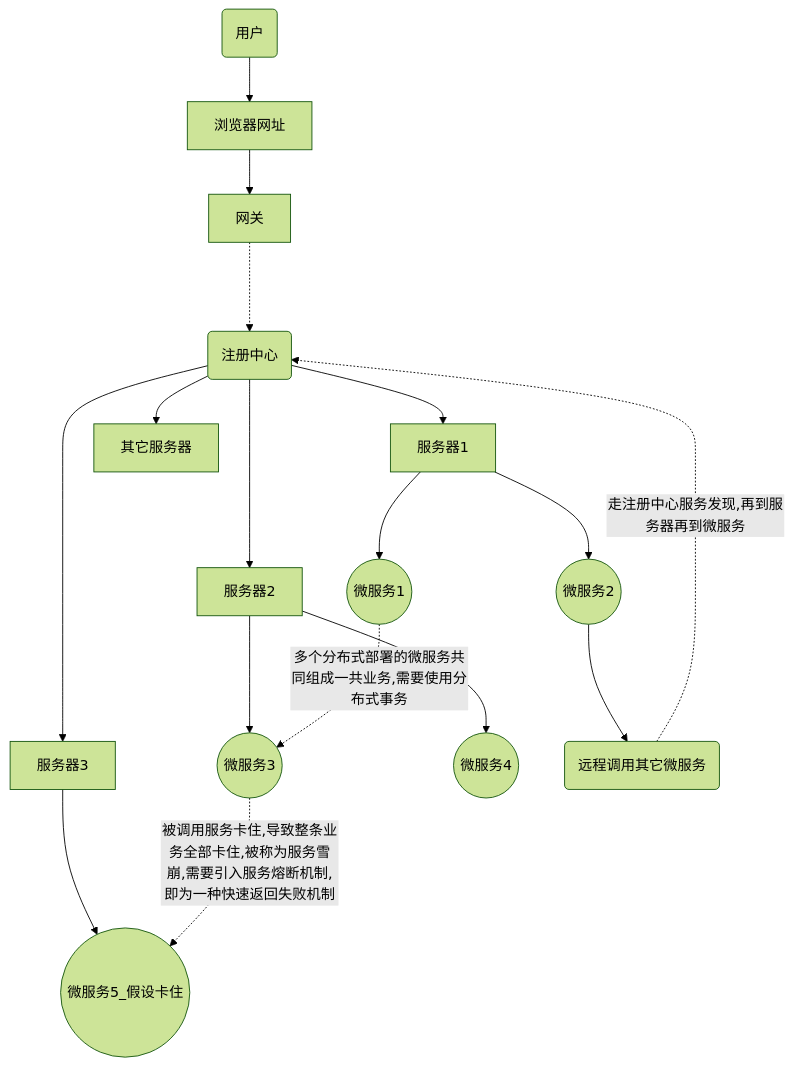
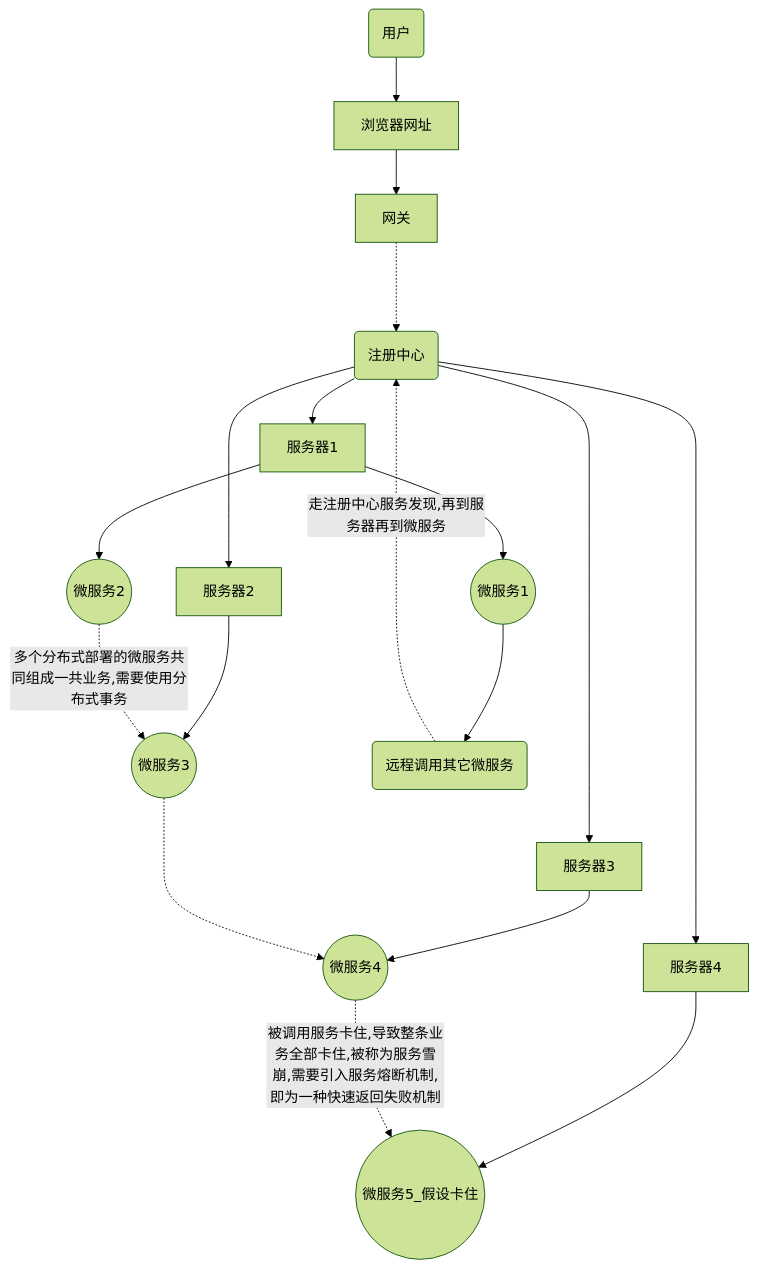
One commit to IteratingSystem/cloud-demo changed the diagram in README.md. Above: the diagram before and after it, drawn with Mermaid (forest theme).

Commit message:
完善分布式简介

````diff
--- a/README.md
+++ b/README.md
@@ -7,19 +7,20 @@
 ```mermaid
 graph TB
     User(用户) --> Browser[浏览器网址]
     Browser --> Gateway[网关]
     Gateway -..-> Nacos(注册中心)
     Nacos --> Service1[服务器1]
     Nacos --> Service2[服务器2]
     Nacos --> Service3[服务器3]
-    Nacos --> OtherService[其它服务器]
+    Nacos --> Service4[服务器4]
     Service1 --> Server1((微服务1))
     Service1 --> Server2((微服务2))
     Service2 --> Server3((微服务3))
-    Service2 --> Server4((微服务4))
-    Service3 --> Server5((微服务5_假设卡住))
-    Server2 --> Remoting(远程调用其它微服务)
+    Service3 --> Server4((微服务4))
+    Service4 --> Server5((微服务5_假设卡住))
+    Server1 --> Remoting(远程调用其它微服务)
     Remoting -.走注册中心服务发现,再到服务器再到微服务.-> Nacos
-    Server1 -.多个分布式部署的微服务共同组成一共业务,需要使用分布式事务.-> Server3
-    Server3 -.被调用服务卡住,导致整条业务全部卡住,被称为服务雪崩,需要引入服务熔断机制,即为一种快速返回失败机制.-> Server5
+    Server2 -.多个分布式部署的微服务共同组成一共业务,需要使用分布式事务.-> Server3
+    Server3 -..-> Server4
+    Server4 -.被调用服务卡住,导致整条业务全部卡住,被称为服务雪崩,需要引入服务熔断机制,即为一种快速返回失败机制.-> Server5
 ```
````
